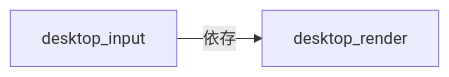
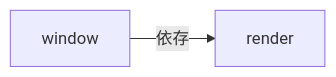
The first of 7 diagrams in docs/architecture/rust/desktop/input.md (FRICK-ELDY/alchemy-engine), drawn with Mermaid before and after one commit. The commit also changed other lines of this file and 11 other files, not shown here.

````diff
--- a/docs/architecture/rust/desktop/input.md
+++ b/docs/architecture/rust/desktop/input.md
@@ -14,7 +14,7 @@
 ```mermaid
 graph LR
-    DINPUT[desktop_input]
-    DRENDER[desktop_render]
+    WINDOW[window]
+    RENDER[render]
 
-    DINPUT -->|依存| DRENDER
+    WINDOW -->|依存| RENDER
 ```
````
